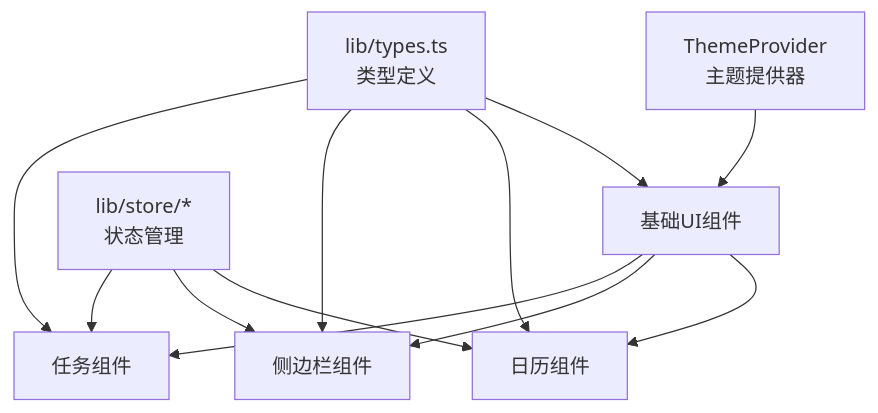
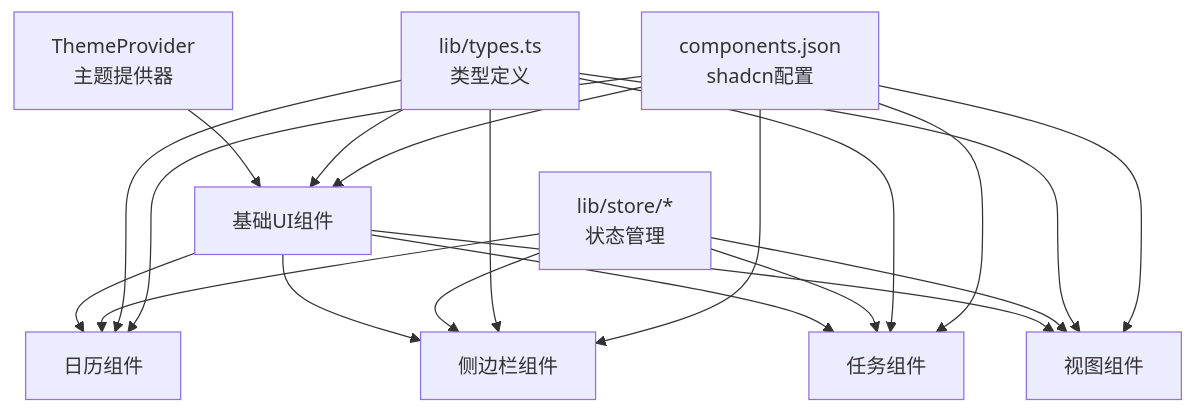
The second of 6 diagrams in .qoder/repowiki/zh/content/UI组件库/UI组件库.md (tutusiji/calendar-task-manager), drawn with Mermaid before and after one commit. The commit also changed other lines of this file and 4 other files, not shown here.

````diff
--- a/.qoder/repowiki/zh/content/UI组件库/UI组件库.md
+++ b/.qoder/repowiki/zh/content/UI组件库/UI组件库.md
@@ -162,14 +294,22 @@
 ```mermaid
 graph TB
 TP["ThemeProvider<br/>主题提供器"] --> UI["基础UI组件"]
 UI --> CAL["日历组件"]
 UI --> SIDEBAR["侧边栏组件"]
 UI --> TASK["任务组件"]
+UI --> VIEWS["视图组件"]
 STORE["lib/store/*<br/>状态管理"] --> CAL
 STORE --> SIDEBAR
 STORE --> TASK
+STORE --> VIEWS
 TYPES["lib/types.ts<br/>类型定义"] --> UI
 TYPES --> CAL
 TYPES --> SIDEBAR
 TYPES --> TASK
+TYPES --> VIEWS
+CONFIG["components.json<br/>shadcn配置"] --> UI
+CONFIG --> CAL
+CONFIG --> SIDEBAR
+CONFIG --> TASK
+CONFIG --> VIEWS
 ```
````
